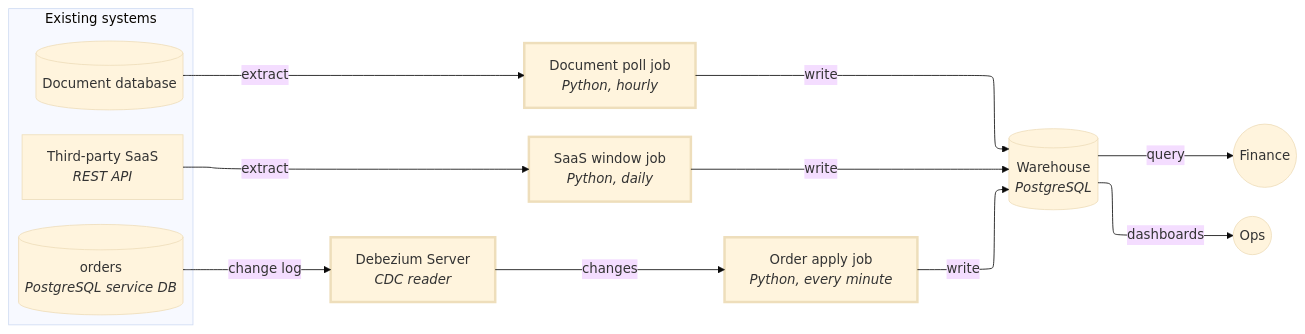
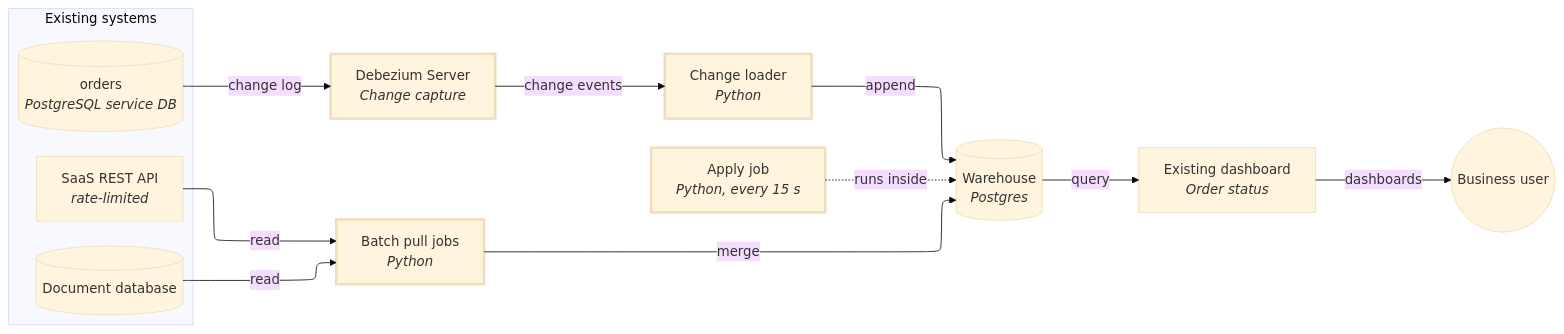
Before and after one commit to si1verwind17/data-engineering-skills: the first of 2 diagrams in demo/2-ingestion/ingestion-design.md, drawn with Mermaid (base theme). The commit also changed other lines of this file and 3 other files, not shown here.

````diff
--- a/demo/2-ingestion/ingestion-design.md
+++ b/demo/2-ingestion/ingestion-design.md
@@ -11,26 +11,27 @@
 ```mermaid
 ---
 config:
   layout: elk
 ---
 flowchart LR
   subgraph existing[Existing systems]
-    svc[("orders<br/><i>PostgreSQL service DB</i>")]
+    pg[("orders<br/><i>PostgreSQL service DB</i>")]
     doc[("Document database")]
-    saas["Third-party SaaS<br/><i>REST API</i>"]
+    saas["SaaS REST API<br/><i>rate-limited</i>"]
   end
-  dbz["Debezium Server<br/><i>CDC reader</i>"]
-  apply["Order apply job<br/><i>Python, every minute</i>"]
-  docjob["Document poll job<br/><i>Python, hourly</i>"]
-  saasjob["SaaS window job<br/><i>Python, daily</i>"]
-  wh[("Warehouse<br/><i>PostgreSQL</i>")]
-  fin((Finance))
-  ops((Ops))
-  svc -- change log --> dbz -- changes --> apply -- write --> wh
-  doc -- extract --> docjob -- write --> wh
-  saas -- extract --> saasjob -- write --> wh
-  wh -- query --> fin
-  wh -- dashboards --> ops
+  cdc["Debezium Server<br/><i>Change capture</i>"]
+  loader["Change loader<br/><i>Python</i>"]
+  apply["Apply job<br/><i>Python, every 15 s</i>"]
+  batch["Batch pull jobs<br/><i>Python</i>"]
+  wh[("Warehouse<br/><i>Postgres</i>")]
+  dash["Existing dashboard<br/><i>Order status</i>"]
+  user((Business user))
+  pg -- change log --> cdc -- change events --> loader -- append --> wh
+  doc -- read --> batch
+  saas -- read --> batch
+  batch -- merge --> wh
+  wh -- query --> dash -- dashboards --> user
+  apply -. runs inside .-> wh
   classDef new stroke-width:3px
-  class dbz,apply,docjob,saasjob new
+  class cdc,loader,apply,batch new
 ```
````
